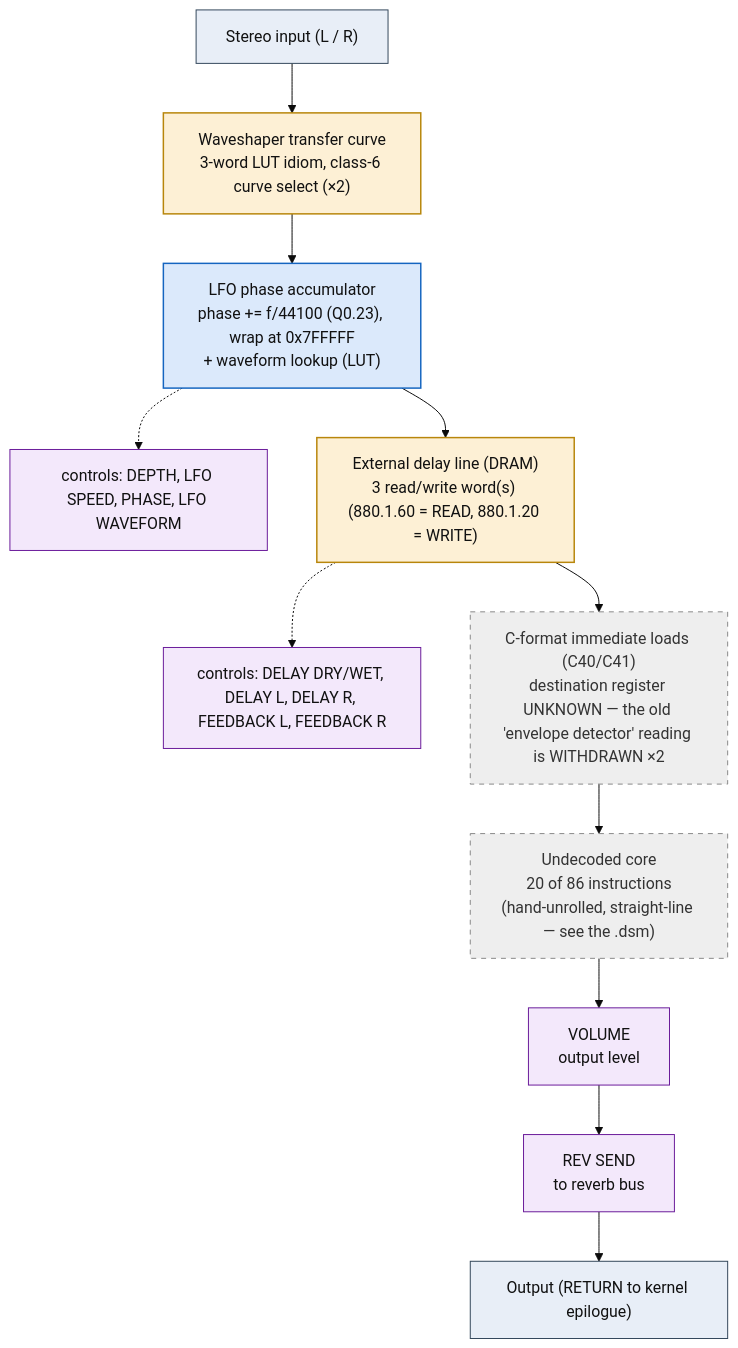
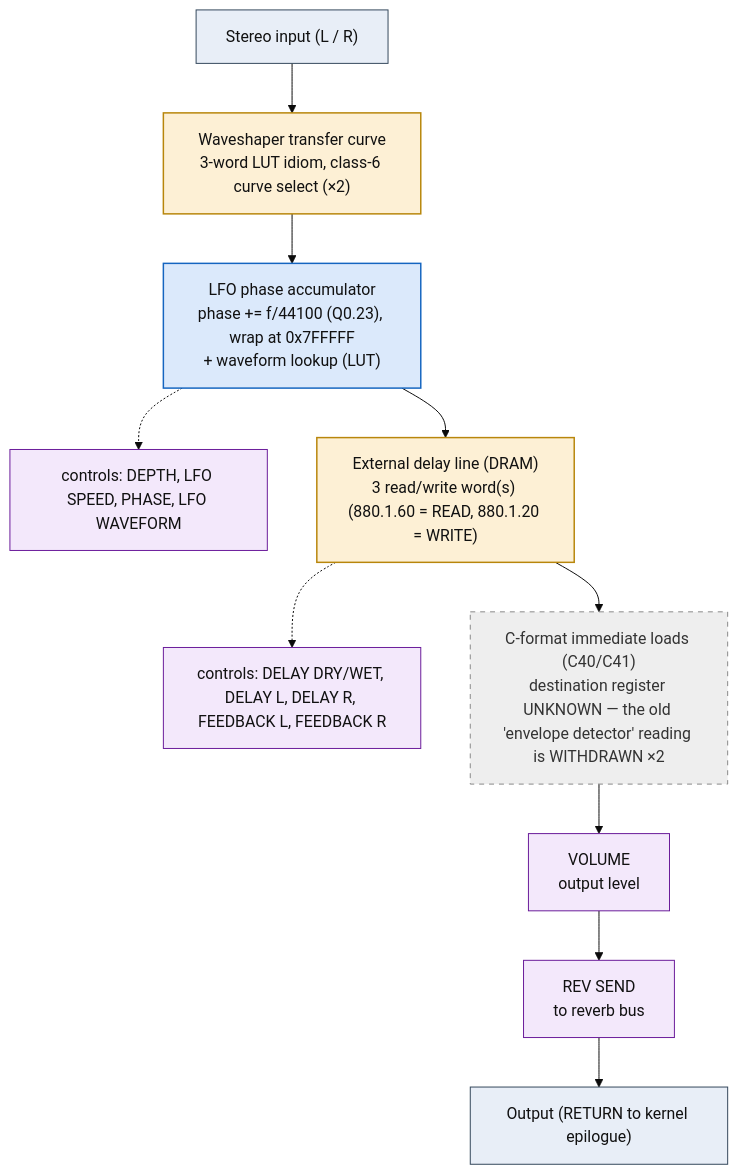
One commit to ArqueologiaDigital/kn5000-roms-disasm changed the diagram in dsp/flowcharts/prog67_s_delay_vibrato.md. Above: the diagram before and after it, drawn with Mermaid (base theme). The commit also changed other lines of this file and 39 other files, not shown here.

First line of the commit message:
dsp: annotate all flowcharts with the classic effect topology each shape matches

````diff
--- a/dsp/flowcharts/prog67_s_delay_vibrato.md
+++ b/dsp/flowcharts/prog67_s_delay_vibrato.md
@@ -12,36 +12,34 @@
 ```mermaid
 flowchart TD
     N0["Stereo input (L / R)"]
     N1["Waveshaper transfer curve<br/>3-word LUT idiom, class-6 curve select (&times;2)"]
     N0 --> N1
     N2["LFO phase accumulator<br/>phase += f/44100 (Q0.23), wrap at 0x7FFFFF<br/>+ waveform lookup (LUT)"]
     N1 --> N2
     N3["controls: DEPTH, LFO SPEED, PHASE, LFO WAVEFORM"]
     N2 -.-> N3
     N4["External delay line (DRAM)<br/>3 read/write word(s) (880.1.60 = READ, 880.1.20 = WRITE)"]
     N2 --> N4
     N5["controls: DELAY DRY/WET, DELAY L, DELAY R, FEEDBACK L, FEEDBACK R"]
     N4 -.-> N5
     N6["C-format immediate loads (C40/C41)<br/>destination register UNKNOWN &mdash; the old 'envelope detector' reading is WITHDRAWN &times;2"]
     N4 --> N6
-    N7["Undecoded core<br/>20 of 86 instructions<br/>(hand-unrolled, straight-line &mdash; see the .dsm)"]
+    N7["VOLUME<br/>output level"]
     N6 --> N7
-    N8["VOLUME<br/>output level"]
+    N8["REV SEND<br/>to reverb bus"]
     N7 --> N8
-    N9["REV SEND<br/>to reverb bus"]
+    N9["Output (RETURN to kernel epilogue)"]
     N8 --> N9
-    N10["Output (RETURN to kernel epilogue)"]
-    N9 --> N10
 
     classDef io fill:#e8eef7,stroke:#33475b,stroke-width:1px,color:#111;
     classDef proven fill:#d7f0d7,stroke:#2e7d32,stroke-width:2px,color:#111;
     classDef measured fill:#dbe9fb,stroke:#1565c0,stroke-width:1.5px,color:#111;
     classDef inferred fill:#fdf0d5,stroke:#b8860b,stroke-width:1.5px,color:#111;
     classDef open fill:#eeeeee,stroke:#888,stroke-width:1px,color:#333,stroke-dasharray:5 5;
     classDef ctrl fill:#f3e8fb,stroke:#6a1b9a,stroke-width:1px,color:#111;
-    class N0,N10 io;
+    class N0,N9 io;
     class N1,N4 inferred;
     class N2 measured;
-    class N3,N5,N8,N9 ctrl;
-    class N6,N7 open;
+    class N3,N5,N7,N8 ctrl;
+    class N6 open;
 ```
````
